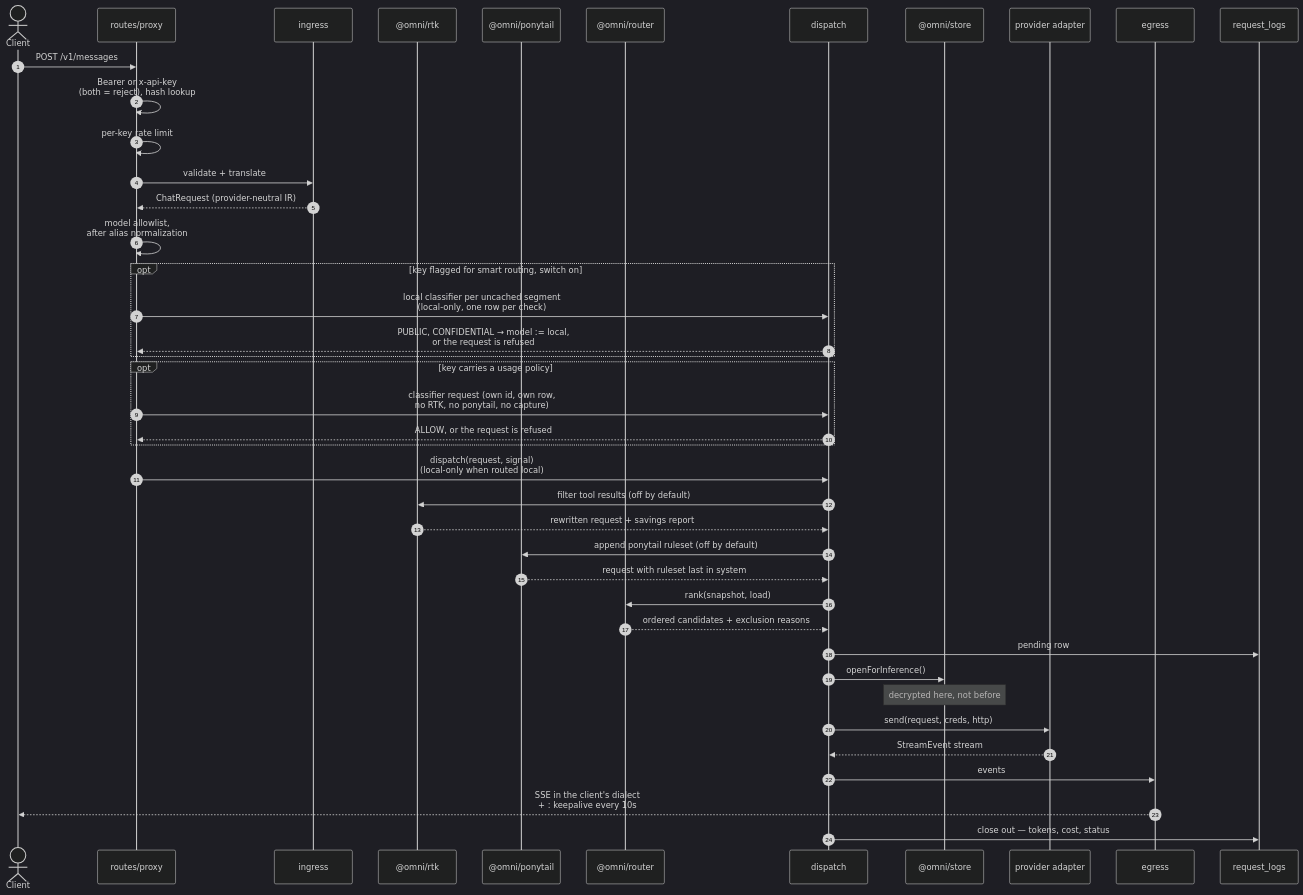
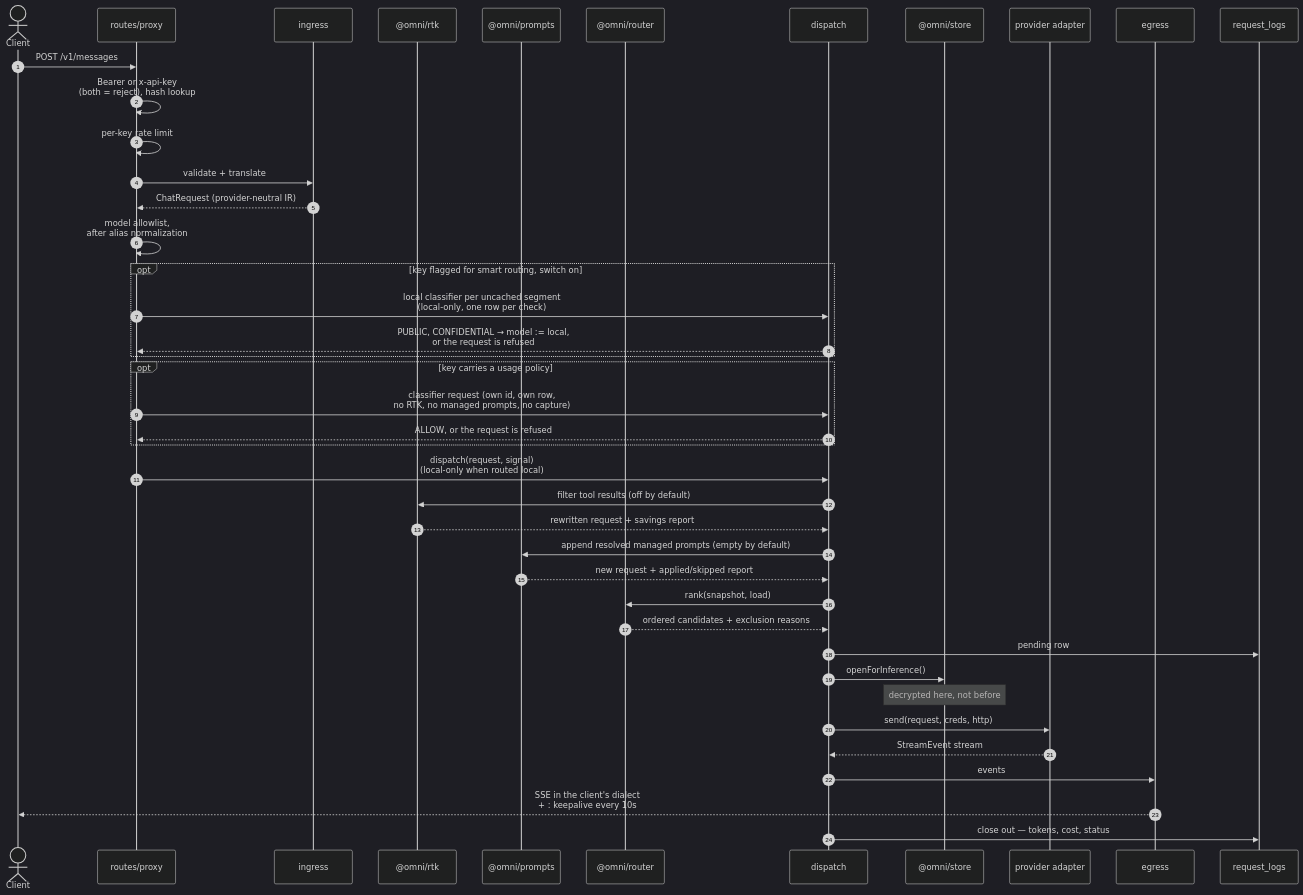
Before and after one commit to harismawan/omnigateway: the second of 18 diagrams in ARCHITECTURE.md, drawn with Mermaid (dark theme). The commit also changed other lines of this file and 13 other files, not shown here.

````diff
--- a/ARCHITECTURE.md
+++ b/ARCHITECTURE.md
@@ -117,45 +117,45 @@
 ```mermaid
 sequenceDiagram
   autonumber
   actor Client
   participant Route as routes/proxy
   participant In as ingress
   participant RTK as @omni/rtk
-  participant Pony as @omni/ponytail
+  participant Prompts as @omni/prompts
   participant Router as @omni/router
   participant Disp as dispatch
   participant Cred as @omni/store
   participant Prov as provider adapter
   participant Out as egress
   participant Log as request_logs
 
   Client->>Route: POST /v1/messages
   Route->>Route: Bearer or x-api-key<br/>(both = reject), hash lookup
   Route->>Route: per-key rate limit
   Route->>In: validate + translate
   In-->>Route: ChatRequest (provider-neutral IR)
   Route->>Route: model allowlist,<br/>after alias normalization
   opt key flagged for smart routing, switch on
     Route->>Disp: local classifier per uncached segment<br/>(local-only, one row per check)
     Disp-->>Route: PUBLIC, CONFIDENTIAL → model := local,<br/>or the request is refused
   end
   opt key carries a usage policy
-    Route->>Disp: classifier request (own id, own row,<br/>no RTK, no ponytail, no capture)
+    Route->>Disp: classifier request (own id, own row,<br/>no RTK, no managed prompts, no capture)
     Disp-->>Route: ALLOW, or the request is refused
   end
   Route->>Disp: dispatch(request, signal)<br/>(local-only when routed local)
   Disp->>RTK: filter tool results (off by default)
   RTK-->>Disp: rewritten request + savings report
-  Disp->>Pony: append ponytail ruleset (off by default)
-  Pony-->>Disp: request with ruleset last in system
+  Disp->>Prompts: append resolved managed prompts (empty by default)
+  Prompts-->>Disp: new request + applied/skipped report
   Disp->>Router: rank(snapshot, load)
   Router-->>Disp: ordered candidates + exclusion reasons
   Disp->>Log: pending row
   Disp->>Cred: openForInference()
   Note over Cred: decrypted here, not before
   Disp->>Prov: send(request, creds, http)
   Prov-->>Disp: StreamEvent stream
   Disp->>Out: events
   Out-->>Client: SSE in the client's dialect<br/>+ : keepalive every 10s
   Disp->>Log: close out — tokens, cost, status
 ```
````
